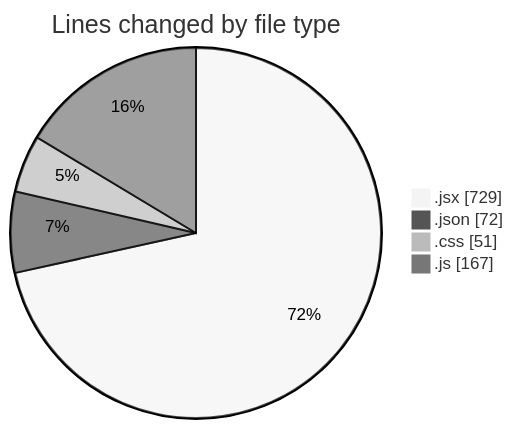
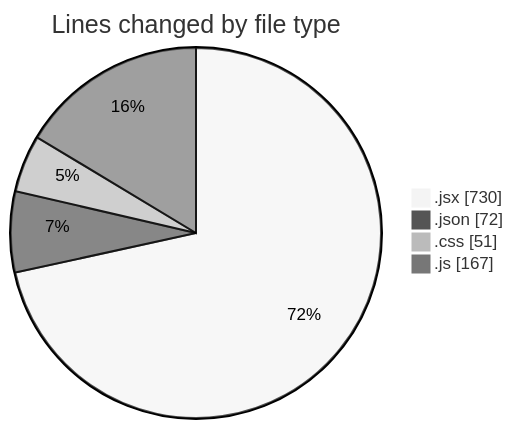
The first of 2 diagrams in 2026-03-19/commonwealth-front-end-task/README.md (momahboobian/code-tracking), drawn with Mermaid (neutral theme) before and after one commit. The commit also changed other lines of this file and 1 other file, not shown here.

````diff
--- a/2026-03-19/commonwealth-front-end-task/README.md
+++ b/2026-03-19/commonwealth-front-end-task/README.md
@@ -25,8 +25,8 @@
 ```mermaid
 pie showData
 title Lines changed by file type
-".jsx" : 729
+".jsx" : 730
 ".json" : 72
 ".css" : 51
 ".js" : 167
 ```
````
